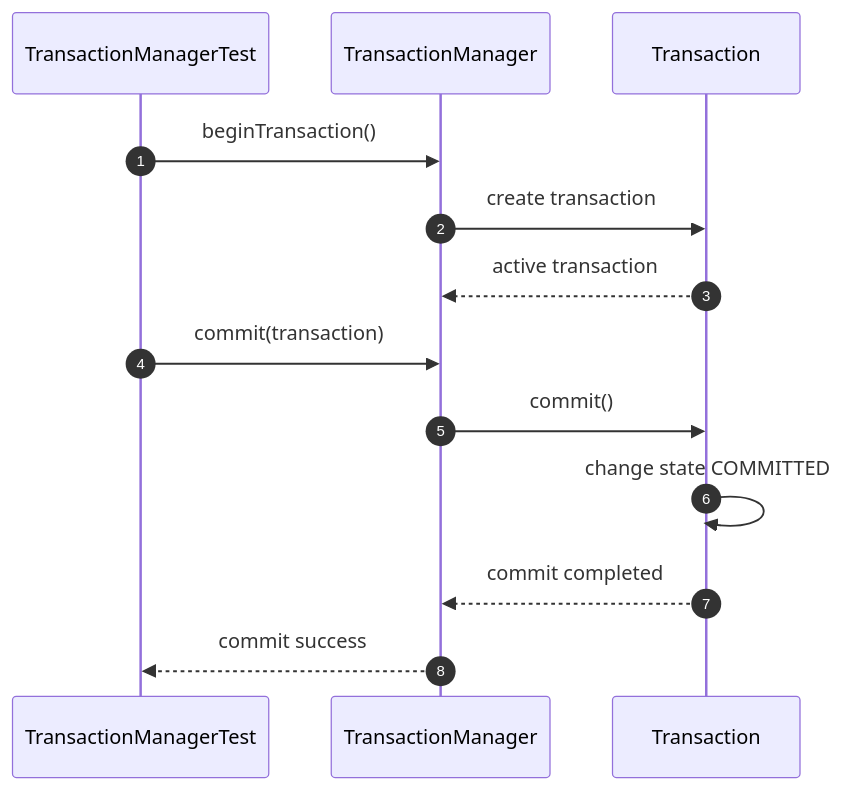
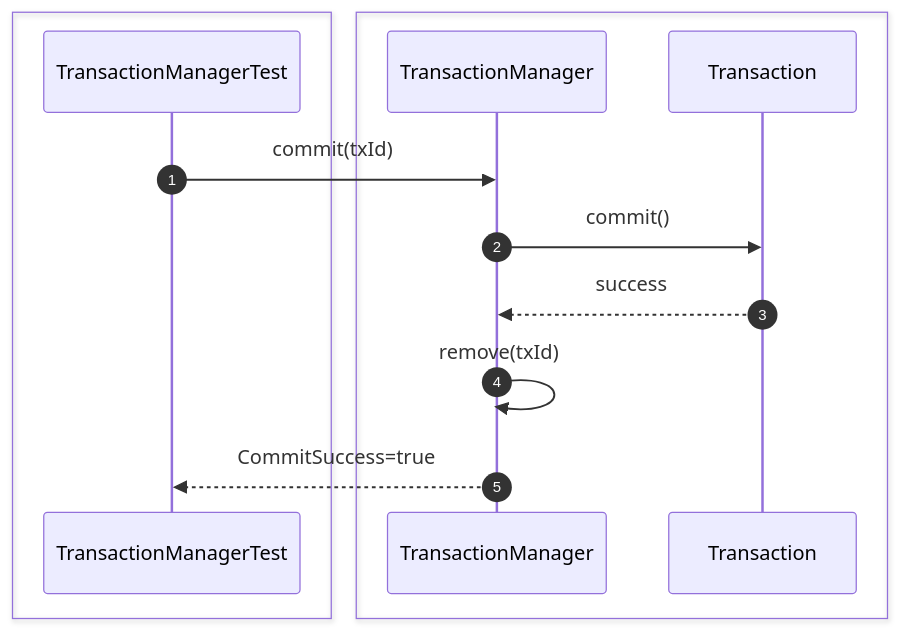
One commit to Huy1801214/dbms-architecture changed the second of 54 diagrams in src/sequence/transaction.md. Above: the diagram before and after it, drawn with Mermaid. The commit also changed other lines of this file and 10 other files, not shown here.

Commit message:
add comprehensive sequence diagrams and documentation for system architecture and unit testing specifications

````diff
--- a/src/sequence/transaction.md
+++ b/src/sequence/transaction.md
@@ -30,24 +25,18 @@
 ```mermaid
 sequenceDiagram
     autonumber
 
+    box #e1f5fe Test Suite
     participant Test as TransactionManagerTest
+    end
+    box #ffebee Transaction Components
     participant Manager as TransactionManager
     participant Tx as Transaction
+    end
 
-    Test->>Manager: beginTransaction()
-
-    Manager->>Tx: create transaction
-
-    Tx-->>Manager: active transaction
-
-    Test->>Manager: commit(transaction)
-
+    Test->>Manager: commit(txId)
     Manager->>Tx: commit()
-
-    Tx->>Tx: change state COMMITTED
-
-    Tx-->>Manager: commit completed
-
-    Manager-->>Test: commit success
+    Tx-->>Manager: success
+    Manager->>Manager: remove(txId)
+    Manager-->>Test: CommitSuccess=true
 ```
````
